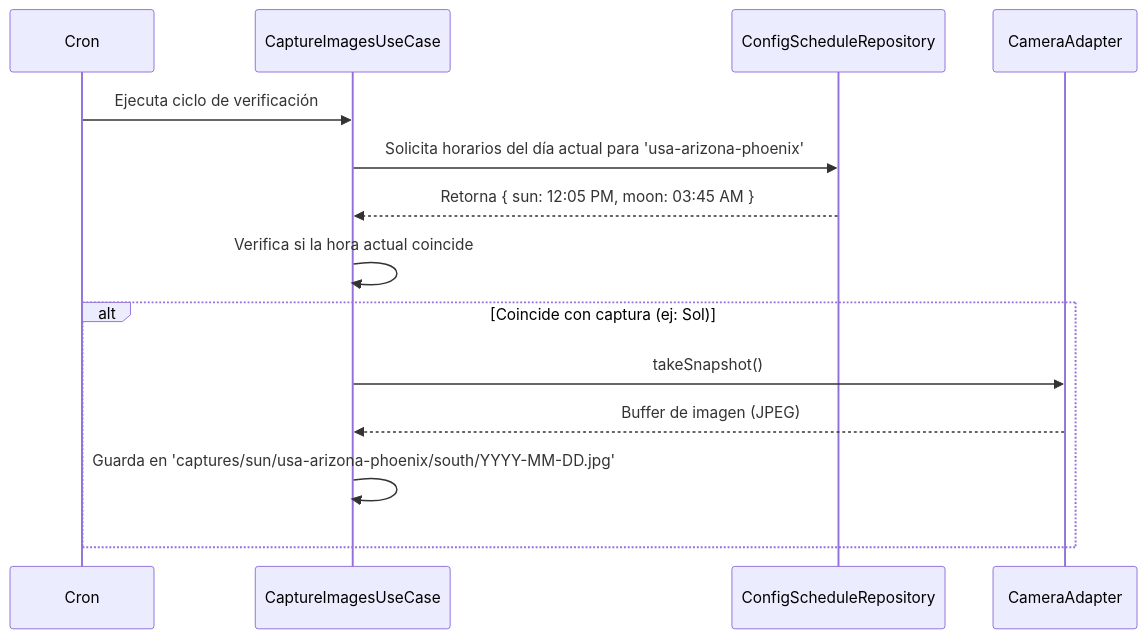
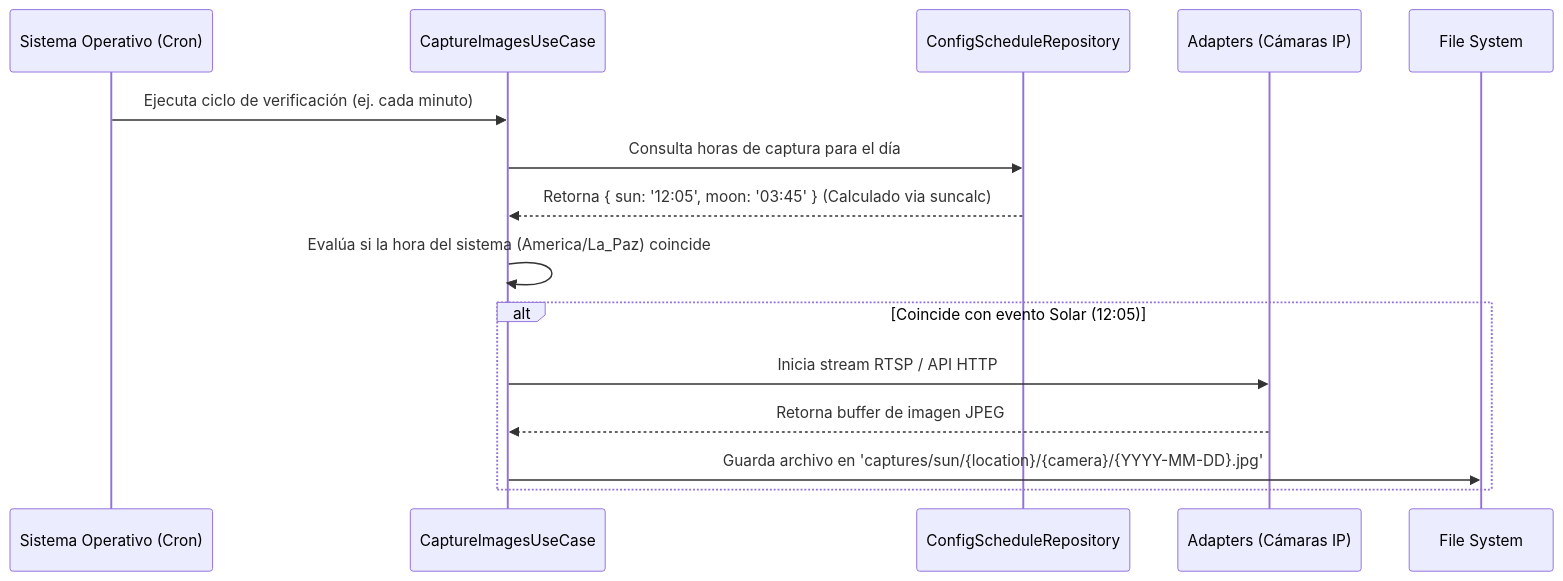
The second of 2 diagrams in README.md (gitchaell/analema), drawn with Mermaid before and after one commit. The commit also changed other lines of this file and 13 other files, not shown here.

````diff
--- a/README.md
+++ b/README.md
@@ -34,17 +41,19 @@
 ```mermaid
 sequenceDiagram
-    participant Cron
+    participant OS as Sistema Operativo (Cron)
     participant App as CaptureImagesUseCase
     participant Repo as ConfigScheduleRepository
-    participant Cam as CameraAdapter
+    participant Cam as Adapters (Cámaras IP)
+    participant FS as File System
 
-    Cron->>App: Ejecuta ciclo de verificación
-    App->>Repo: Solicita horarios del día actual para 'usa-arizona-phoenix'
-    Repo-->>App: Retorna { sun: 12:05 PM, moon: 03:45 AM }
-    App->>App: Verifica si la hora actual coincide
-    alt Coincide con captura (ej: Sol)
-        App->>Cam: takeSnapshot()
-        Cam-->>App: Buffer de imagen (JPEG)
-        App->>App: Guarda en 'captures/sun/usa-arizona-phoenix/south/YYYY-MM-DD.jpg'
+    OS->>App: Ejecuta ciclo de verificación (ej. cada minuto)
+    App->>Repo: Consulta horas de captura para el día
+    Repo-->>App: Retorna { sun: '12:05', moon: '03:45' } (Calculado via suncalc)
+    App->>App: Evalúa si la hora del sistema (America/La_Paz) coincide
+
+    alt Coincide con evento Solar (12:05)
+        App->>Cam: Inicia stream RTSP / API HTTP
+        Cam-->>App: Retorna buffer de imagen JPEG
+        App->>FS: Guarda archivo en 'captures/sun/{location}/{camera}/{YYYY-MM-DD}.jpg'
     end
 ```
````
